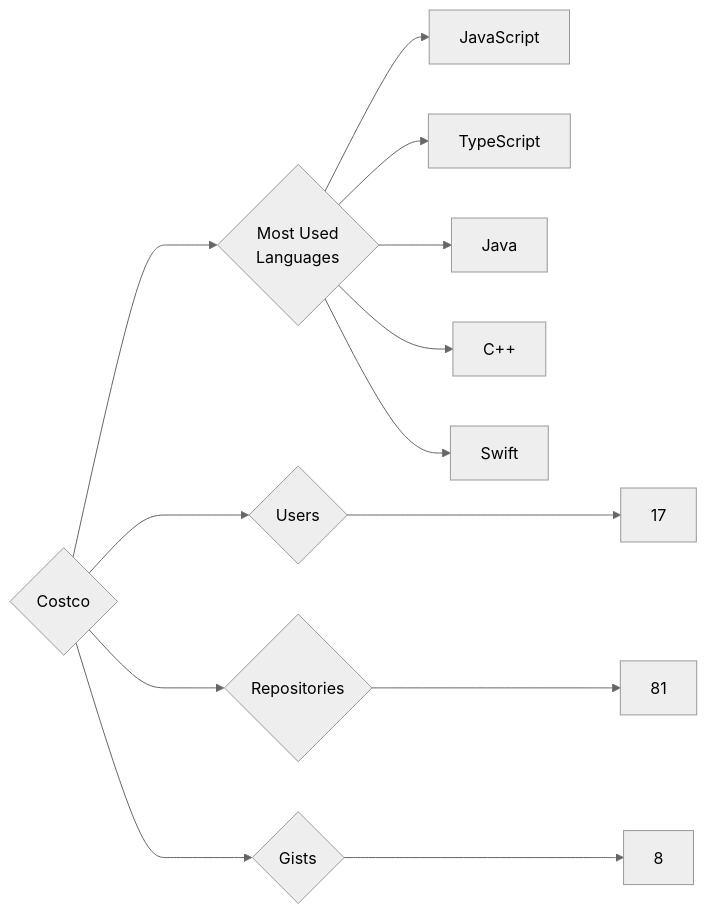
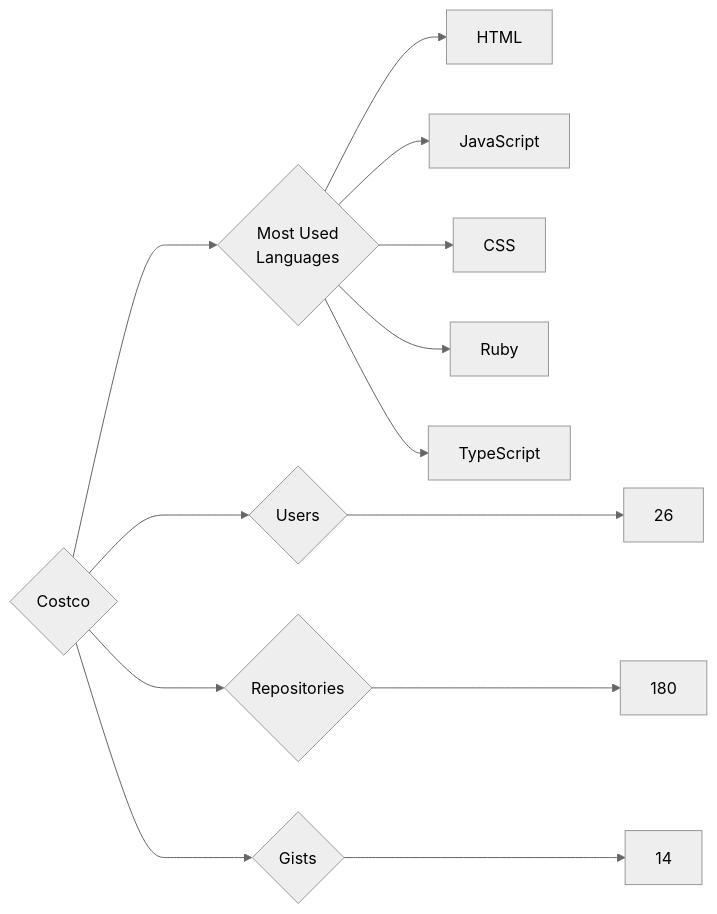
The diagram in targets/Costco/README.md (trickest/insiders), drawn with Mermaid (neutral theme) before and after one commit. The commit also changed 845 other files, not shown here.

````diff
--- a/targets/Costco/README.md
+++ b/targets/Costco/README.md
@@ -3,13 +3,13 @@
 ```mermaid
 graph LR
 COMPANY_NAME{Costco}
-COMPANY_NAME ---> U{Users} ---> UN[17]
-COMPANY_NAME ---> R{Repositories} ---> RN[81]
-COMPANY_NAME ---> G{Gists} ---> GN[8]
+COMPANY_NAME ---> U{Users} ---> UN[26]
+COMPANY_NAME ---> R{Repositories} ---> RN[180]
+COMPANY_NAME ---> G{Gists} ---> GN[14]
 COMPANY_NAME ---> ML{Most Used<br>Languages}
+ML --> HTML[HTML]
 ML --> JavaScript[JavaScript]
+ML --> CSS[CSS]
+ML --> Ruby[Ruby]
 ML --> TypeScript[TypeScript]
-ML --> Java[Java]
-ML --> C++[C++]
-ML --> Swift[Swift]
 ```
````
